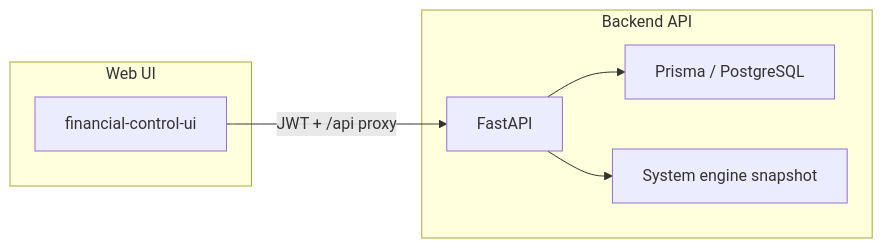
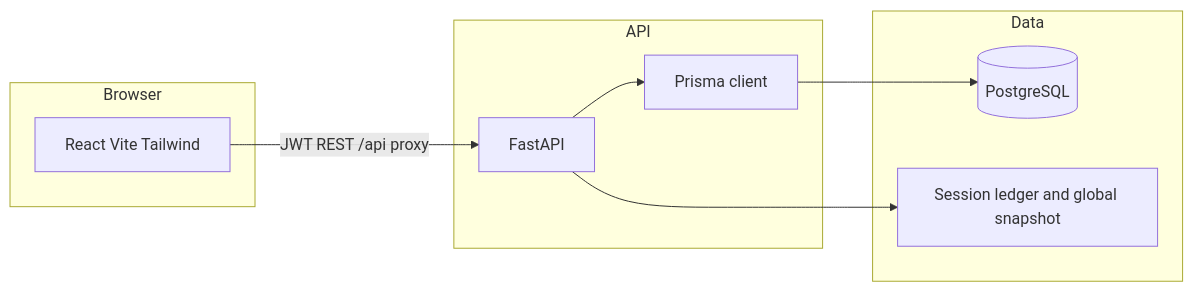
The second of 2 diagrams in README.md (shrijatewari/smb-ai-financial-autopilot), drawn with Mermaid before and after one commit. The commit also changed other lines of this file and 7 other files, not shown here.

First line of the commit message:
docs: judge-ready README + mermaid diagrams; fix assistant intents & queue sync

````diff
--- a/README.md
+++ b/README.md
@@ -52,14 +121,17 @@
 ```mermaid
 flowchart LR
-  subgraph ui [Web UI]
-    FC[financial-control-ui]
+  subgraph client [Browser]
+    UI[React Vite Tailwind]
   end
-  subgraph api [Backend API]
+  subgraph api [API]
     FA[FastAPI]
-    PE[Prisma / PostgreSQL]
-    SE[System engine snapshot]
+    PR[Prisma client]
   end
-  FC -->|JWT + /api proxy| FA
-  FA --> PE
-  FA --> SE
+  subgraph data [Data]
+    PG[(PostgreSQL)]
+    MEM[Session ledger and global snapshot]
+  end
+  UI -->|JWT REST /api proxy| FA
+  FA --> PR --> PG
+  FA --> MEM
 ```
````
